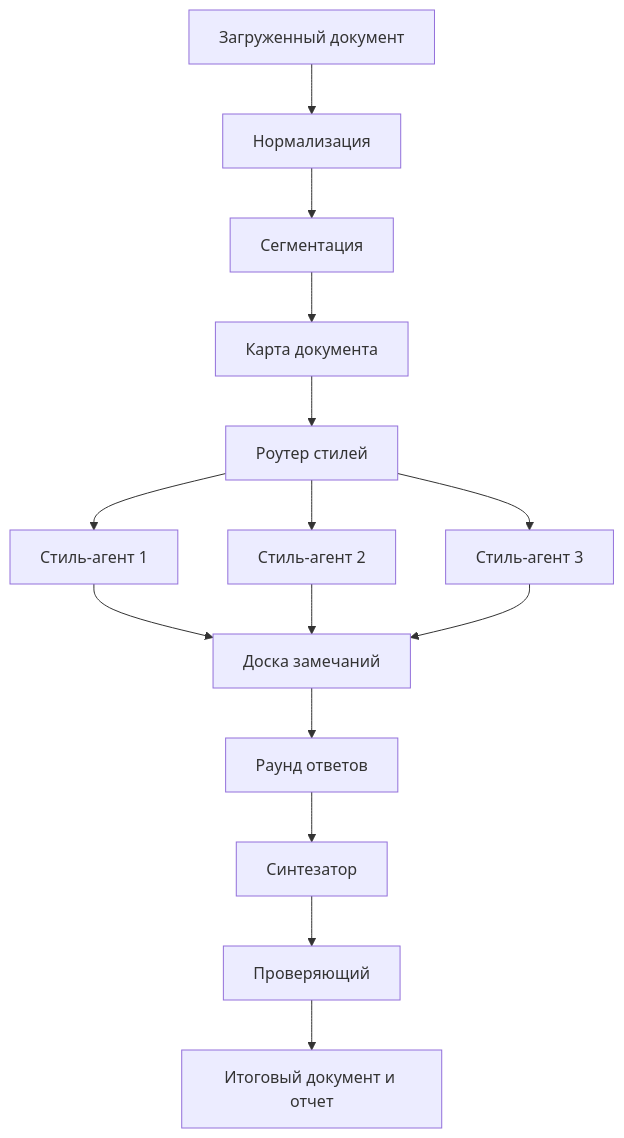
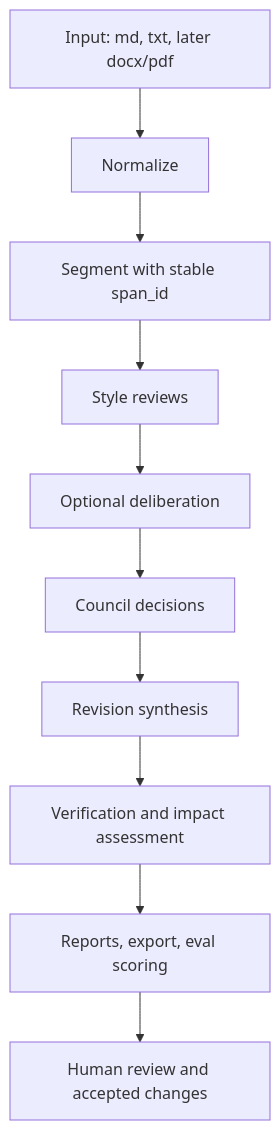
The diagram in docs/roadmap.md (gasyoun/RuWritingStyles), drawn with Mermaid before and after one commit. The commit also changed other lines of this file, not shown here.

````diff
--- a/docs/roadmap.md
+++ b/docs/roadmap.md
@@ -49,17 +42,12 @@
 ```mermaid
 flowchart TD
-  A["Загруженный документ"] --> B["Нормализация"]
-  B --> C["Сегментация"]
-  C --> D["Карта документа"]
-  D --> E["Роутер стилей"]
-  E --> F1["Стиль-агент 1"]
-  E --> F2["Стиль-агент 2"]
-  E --> F3["Стиль-агент 3"]
-  F1 --> G["Доска замечаний"]
-  F2 --> G
-  F3 --> G
-  G --> H["Раунд ответов"]
-  H --> I["Синтезатор"]
-  I --> J["Проверяющий"]
-  J --> K["Итоговый документ и отчет"]
+  A["Input: md, txt, later docx/pdf"] --> B["Normalize"]
+  B --> C["Segment with stable span_id"]
+  C --> D["Style reviews"]
+  D --> E["Optional deliberation"]
+  E --> F["Council decisions"]
+  F --> G["Revision synthesis"]
+  G --> H["Verification and impact assessment"]
+  H --> I["Reports, export, eval scoring"]
+  I --> J["Human review and accepted changes"]
 ```
````
